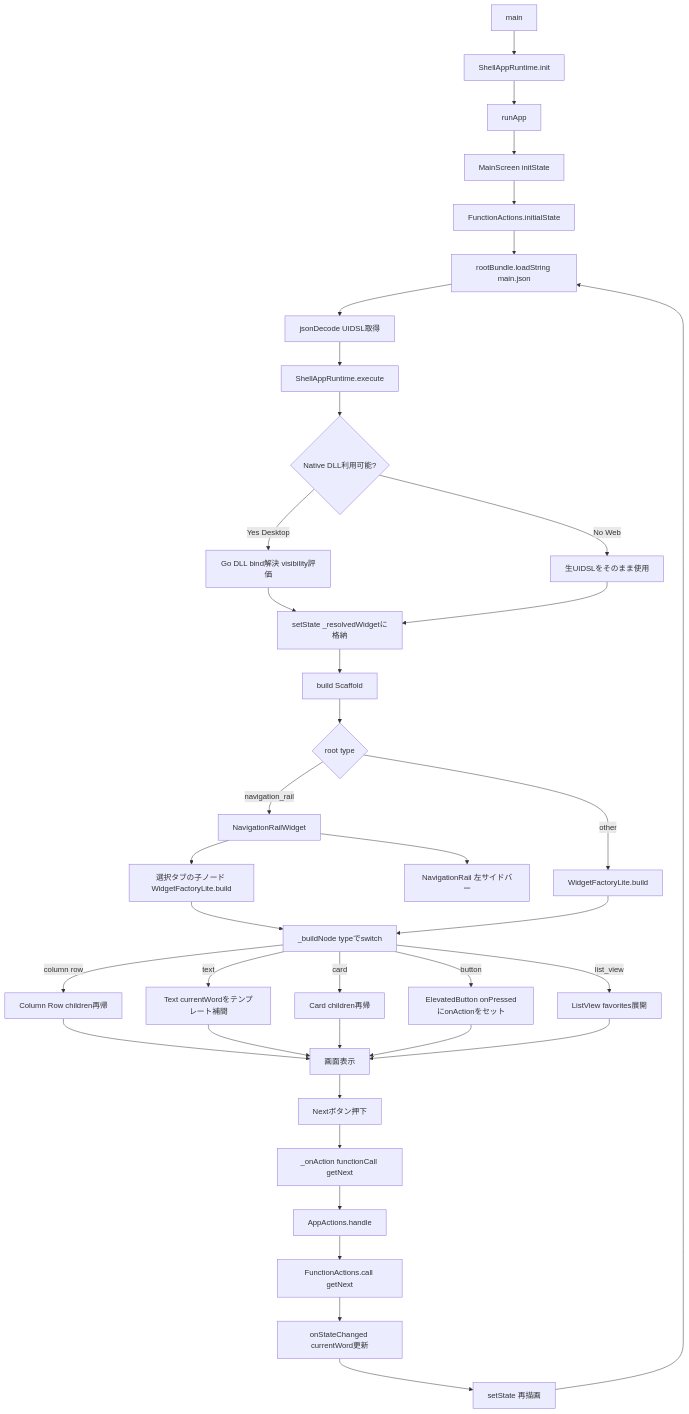
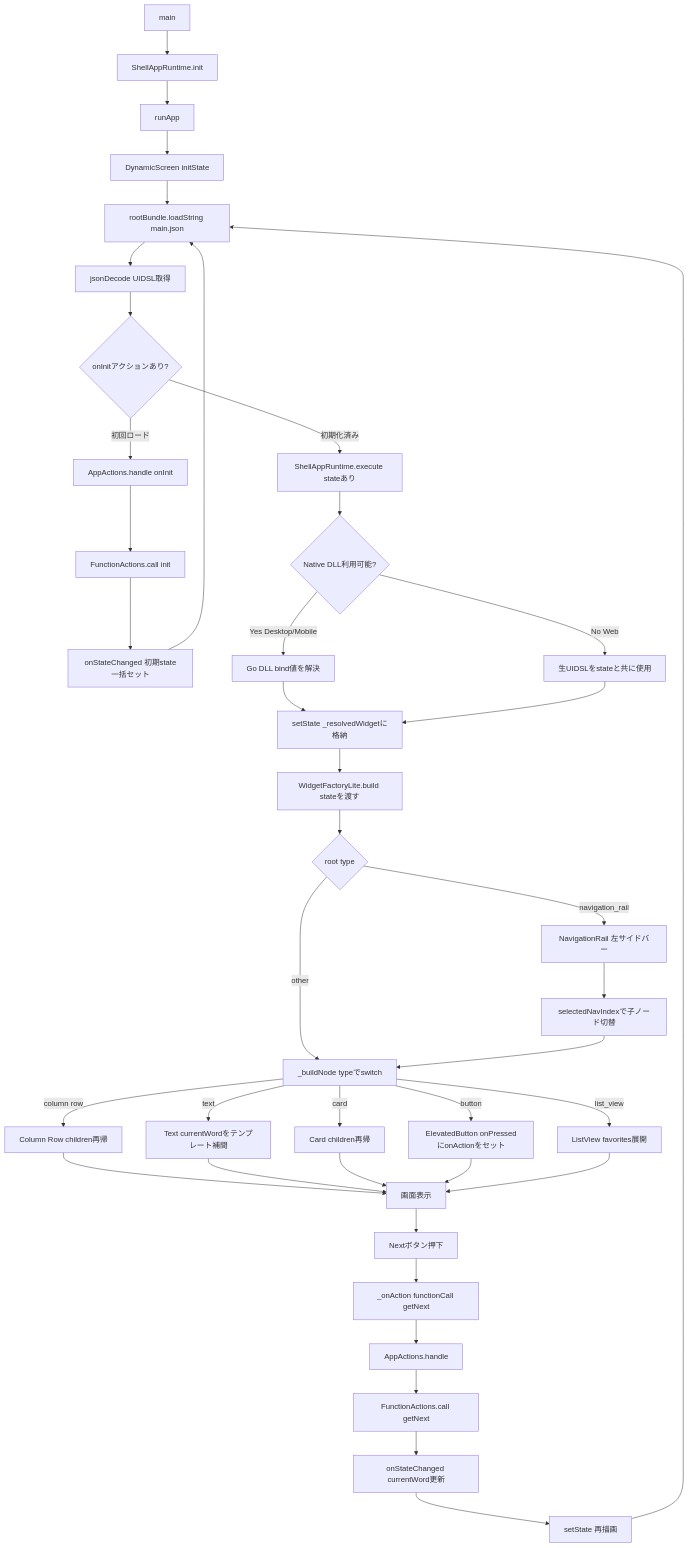
Before and after one commit to ease-link/FlutterShell_App_Demo: the diagram in README.ja.md, drawn with Mermaid. The commit also changed other lines of this file and 1 other file, not shown here.

Commit message:
docs: update README to reflect DynamicScreen refactor
- Directory structure: main_screen.dart → dynamic_screen.dart
- Remove plugins/navigation_rail_widget.dart (now built into widget_factory_lite)
- Add main.dart comment (routing only, 25 lines)
- Add scale note: lib/screens/ stays 1 file regardless of screen count
- Mermaid: MainScreen → DynamicScreen, add onInit flow, update navigation_rail handling

````diff
--- a/README.ja.md
+++ b/README.ja.md
@@ -168,44 +168,45 @@
 ```mermaid
 flowchart TD
     A[main] --> B[ShellAppRuntime.init]
     B --> C[runApp]
-    C --> D[MainScreen initState]
-    D --> E[FunctionActions.initialState]
-    E --> F[rootBundle.loadString main.json]
+    C --> D[DynamicScreen initState]
+    D --> F[rootBundle.loadString main.json]
     F --> G[jsonDecode UIDSL取得]
-    G --> H[ShellAppRuntime.execute]
+    G --> E{onInitアクションあり?}
+    E -->|初回ロード| EE[AppActions.handle onInit]
+    EE --> EF[FunctionActions.call init]
+    EF --> EG[onStateChanged 初期state一括セット]
+    EG --> F
+    E -->|初期化済み| H[ShellAppRuntime.execute stateあり]
 
     H --> I{Native DLL利用可能?}
-    I -->|Yes Desktop| J[Go DLL bind解決 visibility評価]
-    I -->|No Web| K[生UIDSLをそのまま使用]
+    I -->|Yes Desktop/Mobile| J[Go DLL bind値を解決]
+    I -->|No Web| K[生UIDSLをstateと共に使用]
 
     J --> L[setState _resolvedWidgetに格納]
     K --> L
 
-    L --> M[build Scaffold]
+    L --> M[WidgetFactoryLite.build stateを渡す]
     M --> N{root type}
-    N -->|navigation_rail| O[NavigationRailWidget]
-    N -->|other| P[WidgetFactoryLite.build]
+    N -->|navigation_rail| O[NavigationRail 左サイドバー]
+    N -->|other| P[_buildNode typeでswitch]
 
-    O --> Q[NavigationRail 左サイドバー]
-    O --> R[選択タブの子ノード WidgetFactoryLite.build]
+    O --> Q[selectedNavIndexで子ノード切替]
+    Q --> P
 
-    R --> S[_buildNode typeでswitch]
-    P --> S
-
-    S -->|column row| T[Column Row children再帰]
-    S -->|text| U[Text currentWordをテンプレート補間]
-    S -->|card| V[Card children再帰]
-    S -->|button| W[ElevatedButton onPressedにonActionをセット]
-    S -->|list_view| X[ListView favorites展開]
+    P -->|column row| T[Column Row children再帰]
+    P -->|text| U[Text currentWordをテンプレート補間]
+    P -->|card| V[Card children再帰]
+    P -->|button| W[ElevatedButton onPressedにonActionをセット]
+    P -->|list_view| X[ListView favorites展開]
 
     T & U & V & W & X --> Y[画面表示]
 
     Y --> Z[Nextボタン押下]
     Z --> AA[_onAction functionCall getNext]
     AA --> AB[AppActions.handle]
     AB --> AC[FunctionActions.call getNext]
     AC --> AD[onStateChanged currentWord更新]
     AD --> AE[setState 再描画]
     AE --> F
 ```
````
